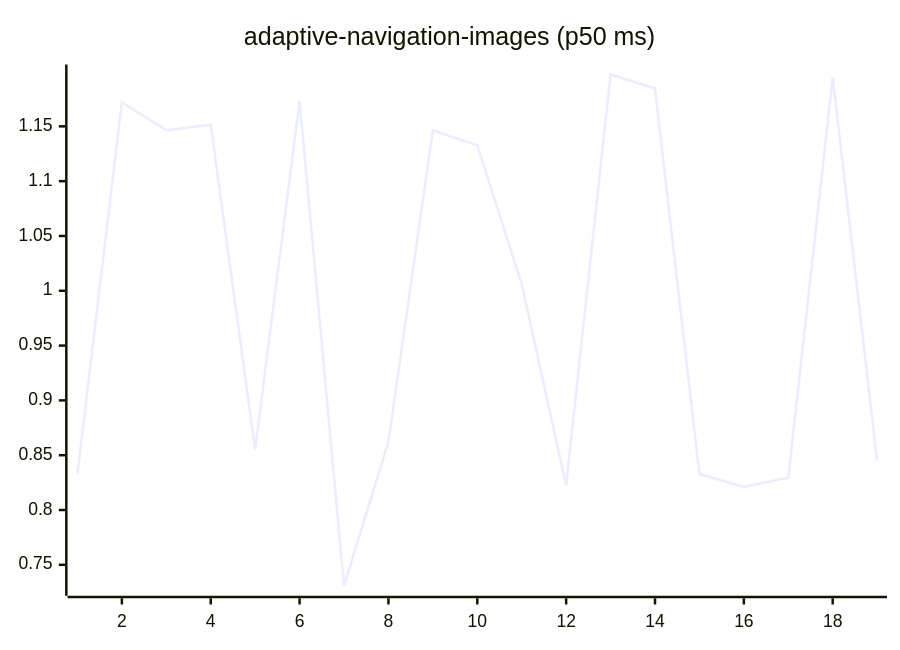
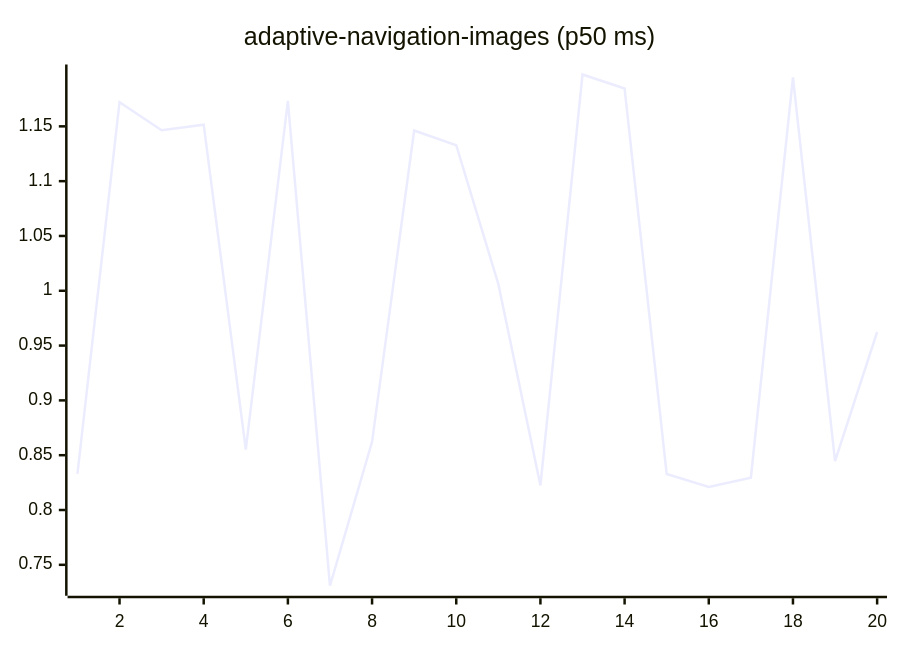
One commit to josha/Facet changed the first of 27 diagrams in README.md. Above: the diagram before and after it, drawn with Mermaid. The commit also changed other lines of this file and 2 other files, not shown here.

````diff
--- a/README.md
+++ b/README.md
@@ -63,6 +63,6 @@
 ```mermaid
 xychart-beta
     title "adaptive-navigation-images (p50 ms)"
-    x-axis 1 --> 19
-    line [0.8330, 1.1721, 1.1465, 1.1515, 0.8551, 1.1733, 0.7309, 0.8622, 1.1462, 1.1328, 1.0062, 0.8224, 1.1973, 1.1845, 0.8328, 0.8211, 0.8295, 1.1947, 0.8446]
+    x-axis 1 --> 20
+    line [0.8330, 1.1721, 1.1465, 1.1515, 0.8551, 1.1733, 0.7309, 0.8622, 1.1462, 1.1328, 1.0062, 0.8224, 1.1973, 1.1845, 0.8328, 0.8211, 0.8295, 1.1947, 0.8446, 0.9624]
 ```
````
